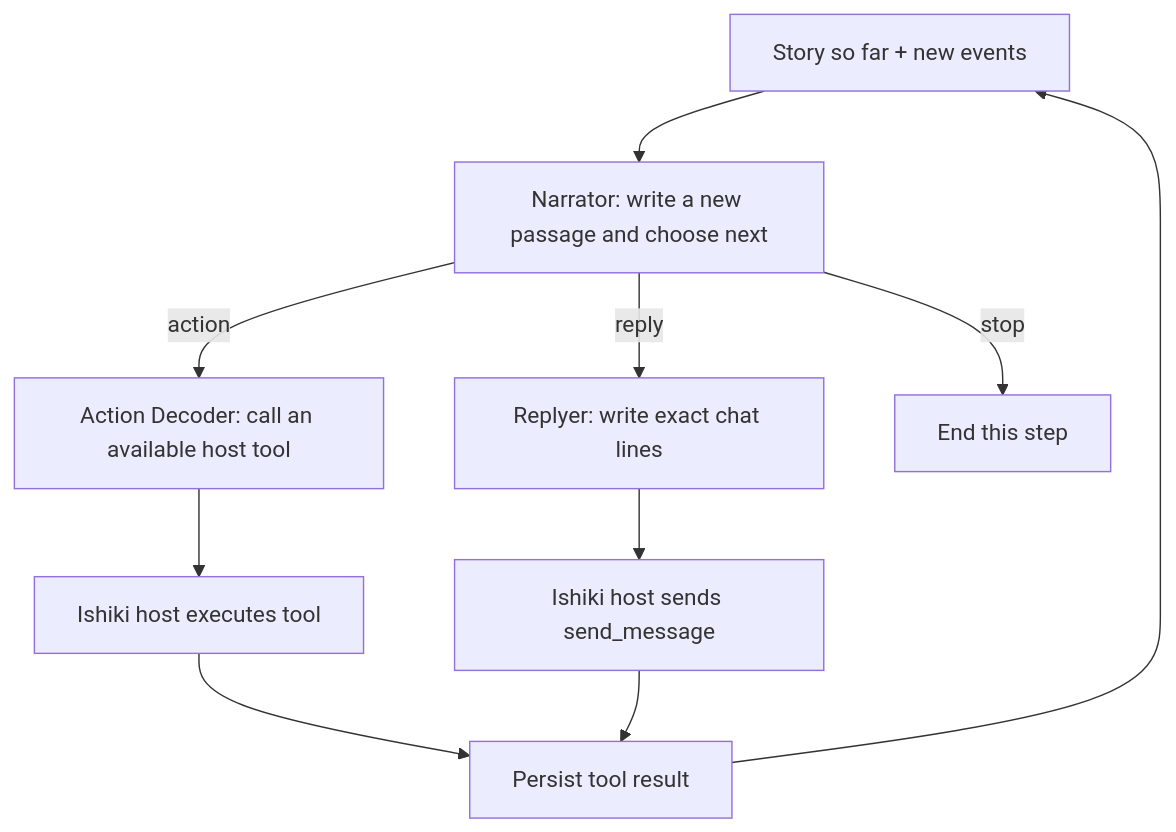
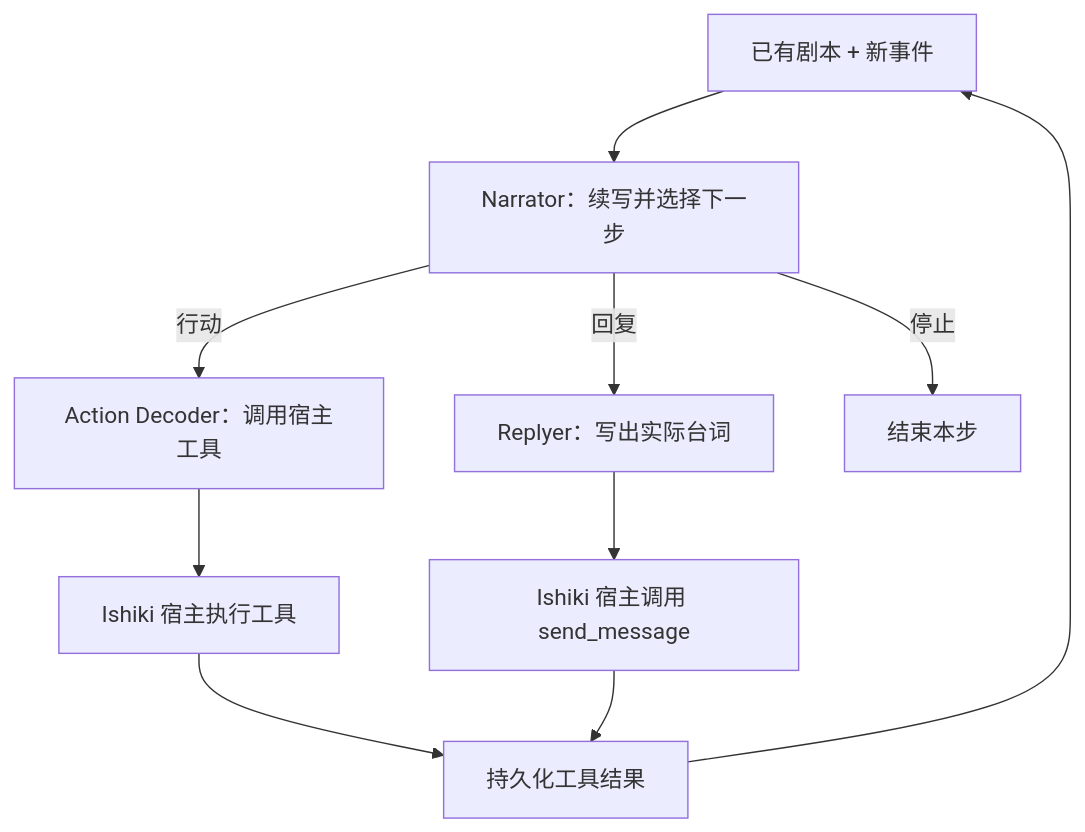
The diagram in packages/narrative/README.md (YesWeAreBot/ishiki), drawn with Mermaid before and after one commit. The commit also changed other lines of this file and 5 other files, not shown here.

````diff
--- a/packages/narrative/README.md
+++ b/packages/narrative/README.md
@@ -16,12 +16,12 @@
 ```mermaid
 flowchart TD
-    A["Story so far + new events"] --> N["Narrator: write a new passage and choose next"]
-    N -->|action| D["Action Decoder: call an available host tool"]
-    N -->|reply| R["Replyer: write exact chat lines"]
-    N -->|stop| S["End this step"]
-    D --> H["Ishiki host executes tool"]
-    R --> M["Ishiki host sends send_message"]
-    H --> O["Persist tool result"]
+    A["已有剧本 + 新事件"] --> N["Narrator：续写并选择下一步"]
+    N -->|行动| D["Action Decoder：调用宿主工具"]
+    N -->|回复| R["Replyer：写出实际台词"]
+    N -->|停止| S["结束本步"]
+    D --> H["Ishiki 宿主执行工具"]
+    R --> M["Ishiki 宿主调用 send_message"]
+    H --> O["持久化工具结果"]
     M --> O
     O --> A
 ```
````
